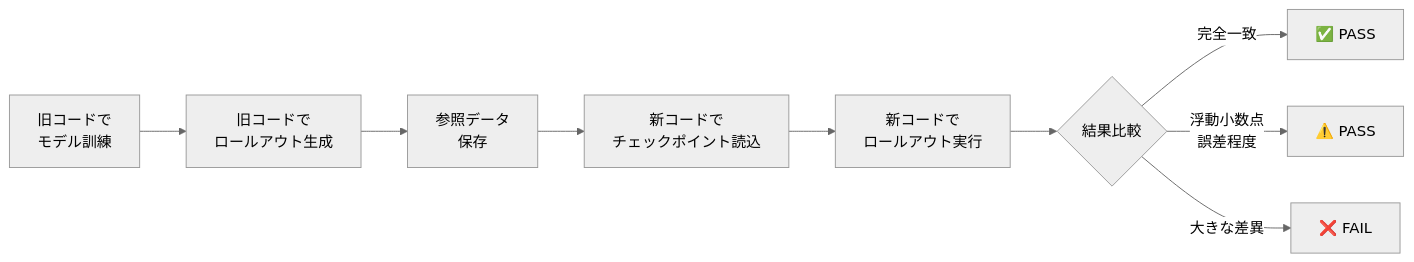
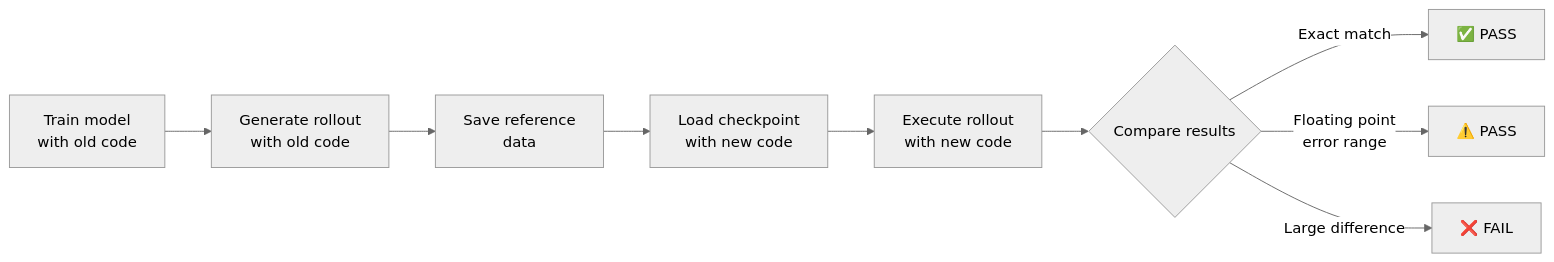
The diagram in docs/refactor/equivalence-testing-overview.md (nakamoto-masa/gns), drawn with Mermaid (neutral theme) before and after one commit. The commit also changed other lines of this file and 12 other files, not shown here.

````diff
--- a/docs/refactor/equivalence-testing-overview.md
+++ b/docs/refactor/equivalence-testing-overview.md
@@ -48,11 +48,11 @@
 ```mermaid
 graph LR
-    A[旧コードで<br/>モデル訓練] --> B[旧コードで<br/>ロールアウト生成]
-    B --> C[参照データ<br/>保存]
-    C --> D[新コードで<br/>チェックポイント読込]
-    D --> E[新コードで<br/>ロールアウト実行]
-    E --> F{結果比較}
-    F -->|完全一致| G[✅ PASS]
-    F -->|浮動小数点<br/>誤差程度| H[⚠️ PASS]
-    F -->|大きな差異| I[❌ FAIL]
+    A[Train model<br/>with old code] --> B[Generate rollout<br/>with old code]
+    B --> C[Save reference<br/>data]
+    C --> D[Load checkpoint<br/>with new code]
+    D --> E[Execute rollout<br/>with new code]
+    E --> F{Compare results}
+    F -->|Exact match| G[✅ PASS]
+    F -->|Floating point<br/>error range| H[⚠️ PASS]
+    F -->|Large difference| I[❌ FAIL]
 ```
````
